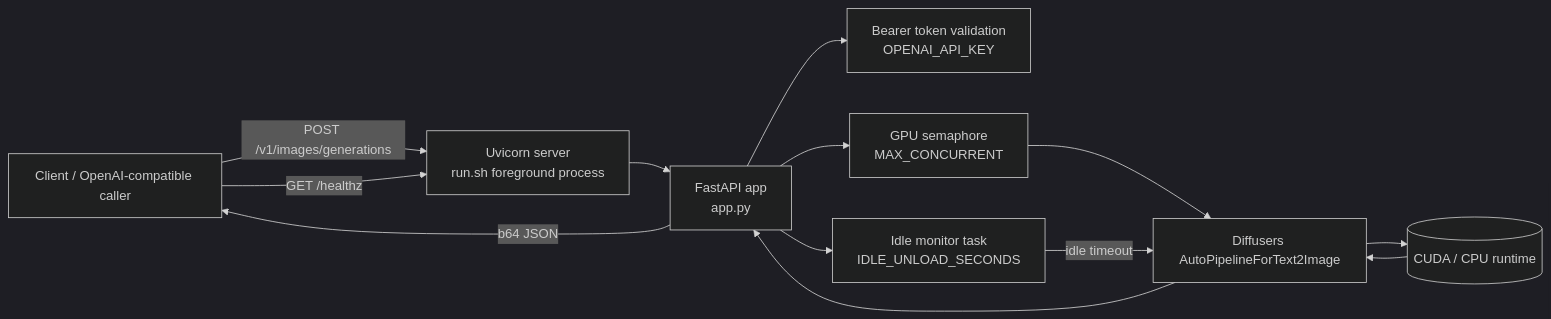
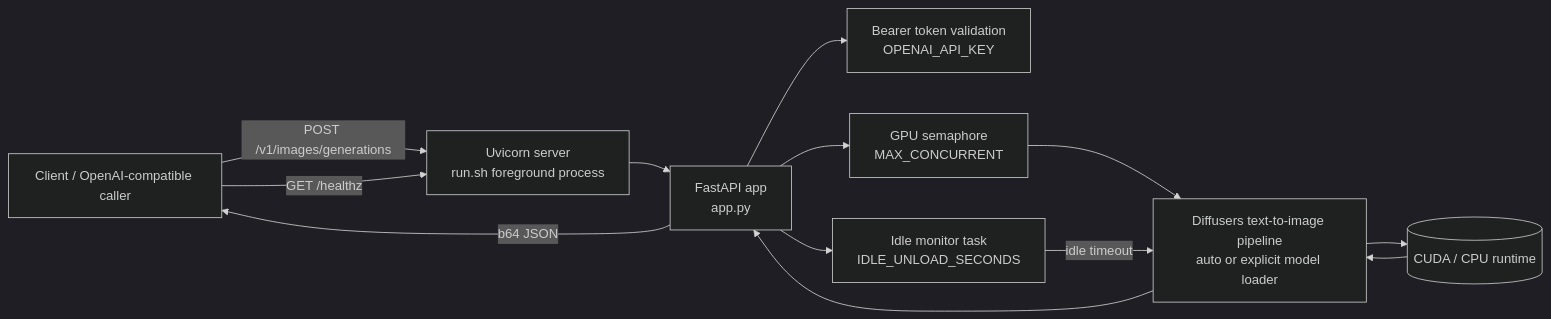
The diagram in ARCHITECTURE.md (ynotopec/api-txt2image), drawn with Mermaid (dark theme) before and after one commit. The commit also changed 4 other files, not shown here.

Commit message:
Add Z-Image Turbo NVFP4 pipeline support

````diff
--- a/ARCHITECTURE.md
+++ b/ARCHITECTURE.md
@@ -3,24 +3,24 @@
 ```mermaid
 flowchart LR
     Client[Client / OpenAI-compatible caller]
     Uvicorn[Uvicorn server\nrun.sh foreground process]
     API[FastAPI app\napp.py]
     Auth[Bearer token validation\nOPENAI_API_KEY]
     Queue[GPU semaphore\nMAX_CONCURRENT]
-    Pipeline[Diffusers AutoPipelineForText2Image]
+    Pipeline[Diffusers text-to-image pipeline\nauto or explicit model loader]
     Idle[Idle monitor task\nIDLE_UNLOAD_SECONDS]
     GPU[(CUDA / CPU runtime)]
 
     Client -->|POST /v1/images/generations| Uvicorn
     Client -->|GET /healthz| Uvicorn
     Uvicorn --> API
     API --> Auth
     API --> Queue
     Queue --> Pipeline
     API --> Idle
     Idle -->|idle timeout| Pipeline
     Pipeline --> GPU
     GPU --> Pipeline
     Pipeline --> API
     API -->|b64 JSON| Client
 ```
````
